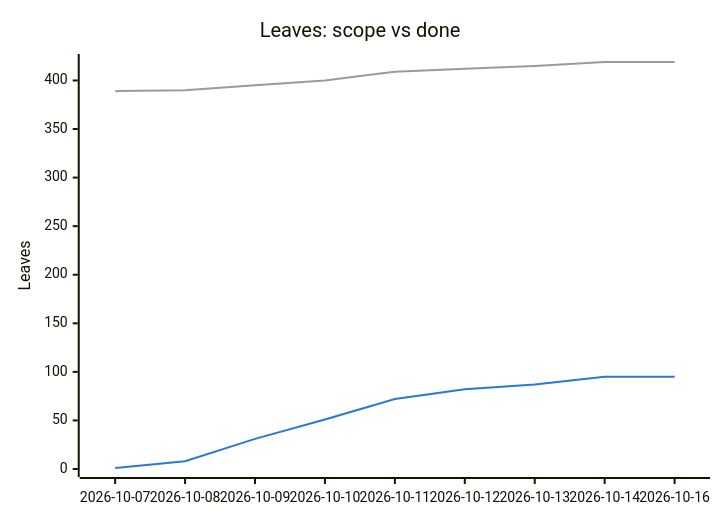
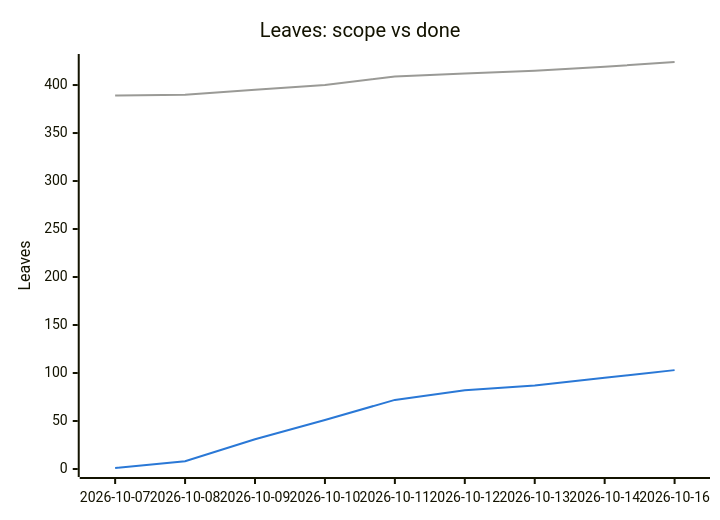
The second of 2 diagrams in PROGRESS.md (tomiok/persiaDB), drawn with Mermaid before and after one commit. The commit also changed other lines of this file and 2 other files, not shown here.

Commit message:
chore(roadmap): tick 2.4.1-2.4.4, 2.4.7, 2.4.9

````diff
--- a/PROGRESS.md
+++ b/PROGRESS.md
@@ -112,14 +105,14 @@
 ```mermaid
 ---
 config:
   themeVariables:
     xyChart:
       plotColorPalette: "#9a9a96, #2a78d6"
 ---
 xychart-beta
   title "Leaves: scope vs done"
   x-axis ["2026-10-07", "2026-10-08", "2026-10-09", "2026-10-10", "2026-10-11", "2026-10-12", "2026-10-13", "2026-10-14", "2026-10-16"]
-  y-axis "Leaves" 0 --> 419
-  line [389, 390, 395, 400, 409, 412, 415, 419, 419]
-  line [1, 8, 31, 51, 72, 82, 87, 95, 95]
+  y-axis "Leaves" 0 --> 424
+  line [389, 390, 395, 400, 409, 412, 415, 419, 424]
+  line [1, 8, 31, 51, 72, 82, 87, 95, 103]
 ```
````
